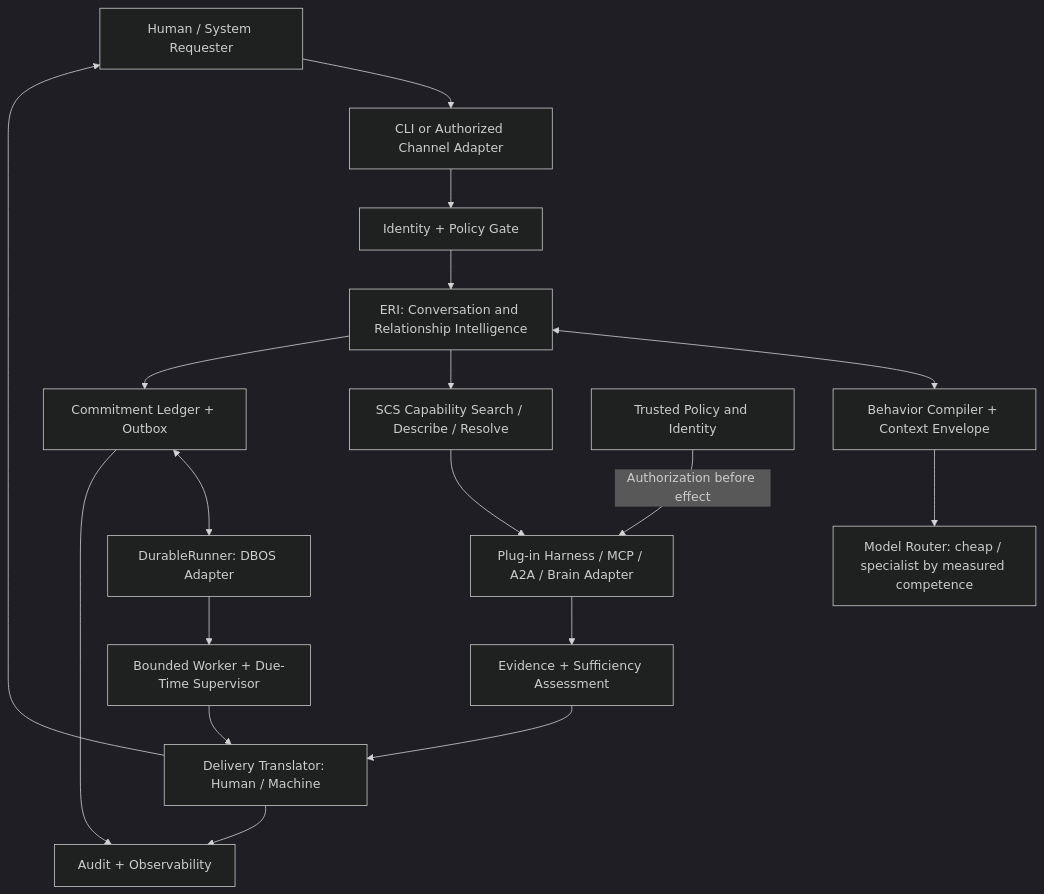
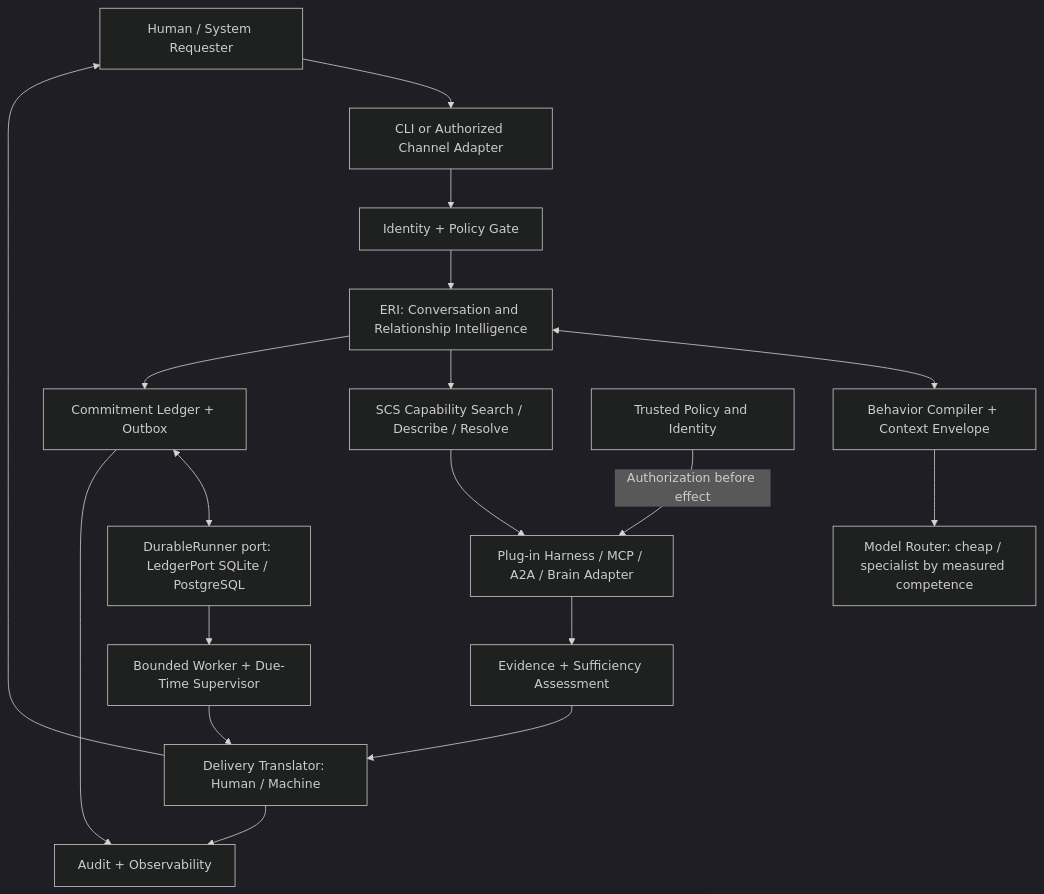
The diagram in diagrams/01_SYSTEM_ARCHITECTURE.mmd (clebeson/quati), drawn with Mermaid (dark theme) before and after one commit. The commit also changed 596 other files, not shown here.

```diff
--- a/diagrams/01_SYSTEM_ARCHITECTURE.mmd
+++ b/diagrams/01_SYSTEM_ARCHITECTURE.mmd
@@ -1,18 +1,18 @@
 flowchart TD
   U[Human / System Requester] --> C[CLI or Authorized Channel Adapter]
   C --> I[Identity + Policy Gate]
   I --> E[ERI: Conversation and Relationship Intelligence]
   E <--> B[Behavior Compiler + Context Envelope]
   B --> R[Model Router: cheap / specialist by measured competence]
   E --> S[SCS Capability Search / Describe / Resolve]
   S --> H[Plug-in Harness / MCP / A2A / Brain Adapter]
   H --> V[Evidence + Sufficiency Assessment]
   V --> D[Delivery Translator: Human / Machine]
   E --> L[Commitment Ledger + Outbox]
-  L <--> X[DurableRunner: DBOS Adapter]
+  L <--> X[DurableRunner port: LedgerPort SQLite / PostgreSQL]
   X --> W[Bounded Worker + Due-Time Supervisor]
   W --> D
   L --> T[Audit + Observability]
   D --> T
   D --> U
   P[Trusted Policy and Identity] -->|Authorization before effect| H
```
